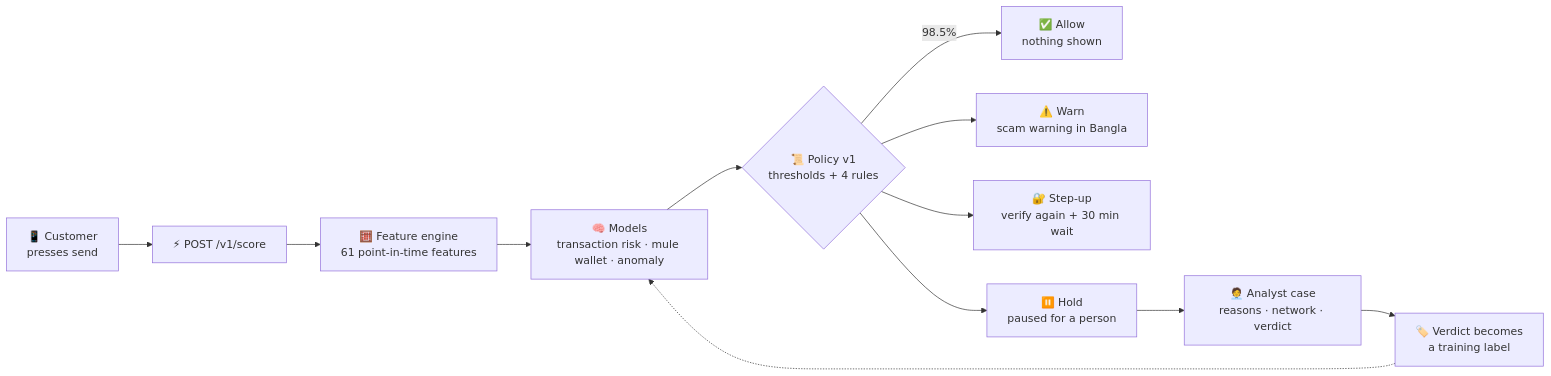
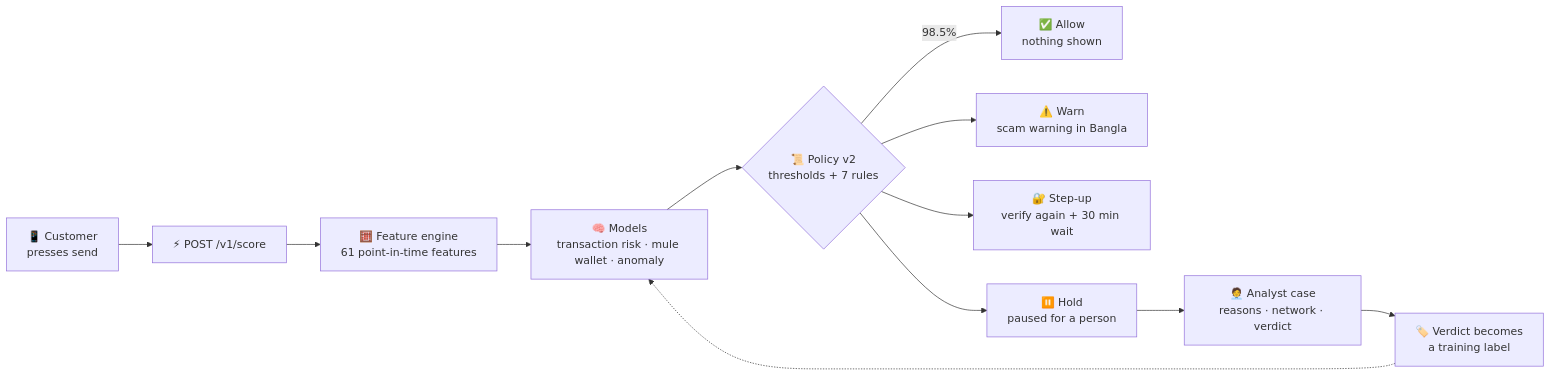
One commit to 0xdevabir/FraudLens changed the first of 7 diagrams in README.md. Above: the diagram before and after it, drawn with Mermaid. The commit also changed other lines of this file and 39 other files, not shown here.

````diff
--- a/README.md
+++ b/README.md
@@ -70,14 +70,14 @@
 ```mermaid
 flowchart LR
     A["📱 Customer<br/>presses send"] --> B["⚡ POST /v1/score"]
     B --> C["🧮 Feature engine<br/>61 point-in-time features"]
     C --> D["🧠 Models<br/>transaction risk · mule wallet · anomaly"]
-    D --> E{"📜 Policy v1<br/>thresholds + 4 rules"}
+    D --> E{"📜 Policy v2<br/>thresholds + 7 rules"}
     E -- "98.5%" --> F["✅ Allow<br/>nothing shown"]
     E --> G["⚠️ Warn<br/>scam warning in Bangla"]
     E --> H["🔐 Step-up<br/>verify again + 30 min wait"]
     E --> I["⏸️ Hold<br/>paused for a person"]
     I --> J["🧑‍💼 Analyst case<br/>reasons · network · verdict"]
     J --> K["🏷️ Verdict becomes<br/>a training label"]
     K -.-> D
 ```
````
